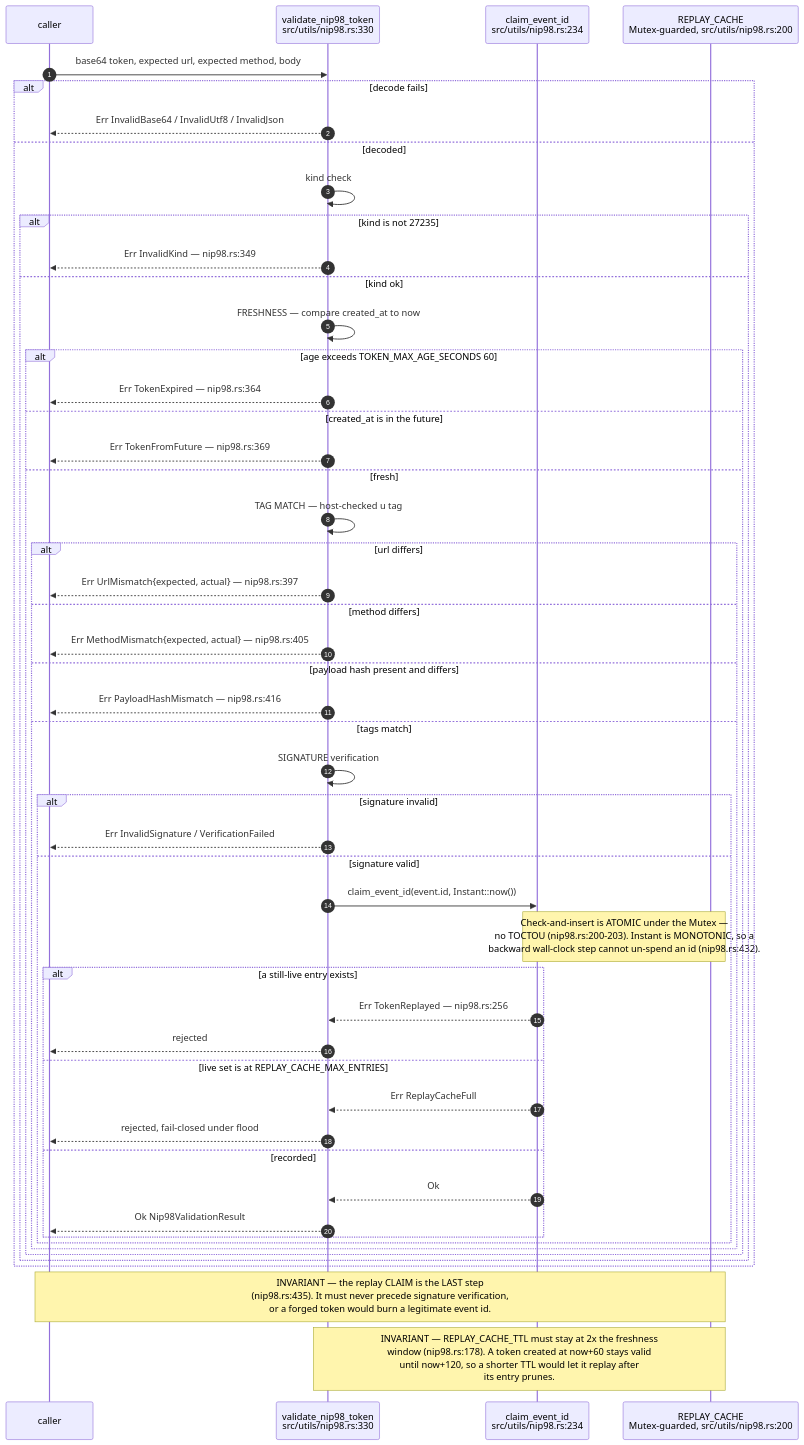
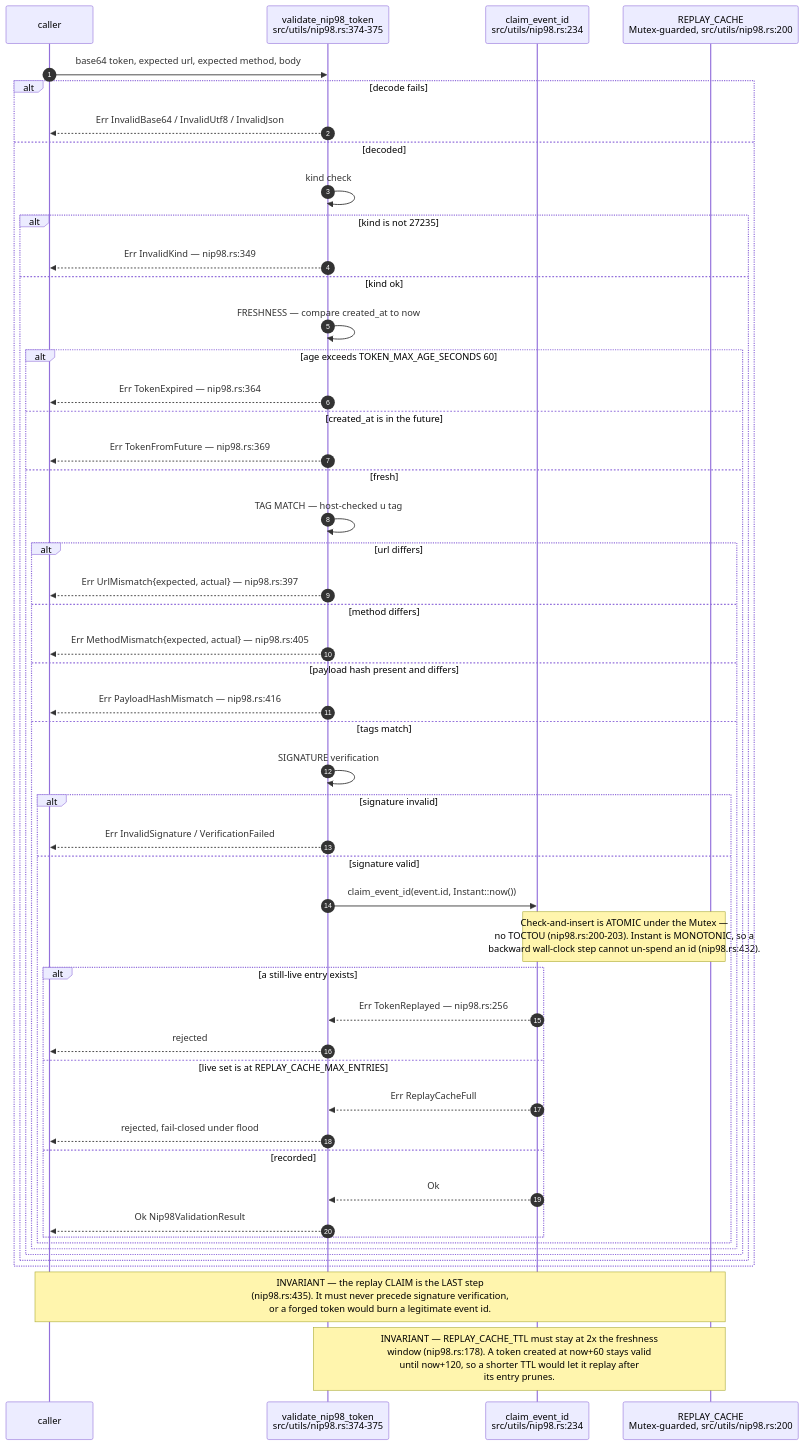
One commit to DreamLab-AI/AR-AI-Knowledge-Graph changed the third of 6 diagrams in docs/diagrams/estate/04-identity-mesh-did-nostr.md. Above: the diagram before and after it, drawn with Mermaid. The commit also changed 36 other files, not shown here.

````diff
--- a/docs/diagrams/estate/04-identity-mesh-did-nostr.md
+++ b/docs/diagrams/estate/04-identity-mesh-did-nostr.md
@@ -133,54 +133,54 @@
 ```mermaid
 sequenceDiagram
     autonumber
     participant C as caller
-    participant V as validate_nip98_token<br/>src/utils/nip98.rs:330
+    participant V as validate_nip98_token<br/>src/utils/nip98.rs:374-375
     participant R as claim_event_id<br/>src/utils/nip98.rs:234
     participant CACHE as REPLAY_CACHE<br/>Mutex-guarded, src/utils/nip98.rs:200
 
     C->>V: base64 token, expected url, expected method, body
     alt decode fails
         V-->>C: Err InvalidBase64 / InvalidUtf8 / InvalidJson
     else decoded
         V->>V: kind check
         alt kind is not 27235
             V-->>C: Err InvalidKind — nip98.rs:349
         else kind ok
             V->>V: FRESHNESS — compare created_at to now
             alt age exceeds TOKEN_MAX_AGE_SECONDS 60
                 V-->>C: Err TokenExpired — nip98.rs:364
             else created_at is in the future
                 V-->>C: Err TokenFromFuture — nip98.rs:369
             else fresh
                 V->>V: TAG MATCH — host-checked u tag
                 alt url differs
                     V-->>C: Err UrlMismatch{expected, actual} — nip98.rs:397
                 else method differs
                     V-->>C: Err MethodMismatch{expected, actual} — nip98.rs:405
                 else payload hash present and differs
                     V-->>C: Err PayloadHashMismatch — nip98.rs:416
                 else tags match
                     V->>V: SIGNATURE verification
                     alt signature invalid
                         V-->>C: Err InvalidSignature / VerificationFailed
                     else signature valid
                         V->>R: claim_event_id(event.id, Instant::now())
                         Note over R,CACHE: Check-and-insert is ATOMIC under the Mutex —<br/>no TOCTOU (nip98.rs:200-203). Instant is MONOTONIC, so a<br/>backward wall-clock step cannot un-spend an id (nip98.rs:432).
                         alt a still-live entry exists
                             R-->>V: Err TokenReplayed — nip98.rs:256
                             V-->>C: rejected
                         else live set is at REPLAY_CACHE_MAX_ENTRIES
                             R-->>V: Err ReplayCacheFull
                             V-->>C: rejected, fail-closed under flood
                         else recorded
                             R-->>V: Ok
                             V-->>C: Ok Nip98ValidationResult
                         end
                     end
                 end
             end
         end
     end
     Note over C,CACHE: INVARIANT — the replay CLAIM is the LAST step<br/>(nip98.rs:435). It must never precede signature verification,<br/>or a forged token would burn a legitimate event id.
     Note over V,CACHE: INVARIANT — REPLAY_CACHE_TTL must stay at 2x the freshness<br/>window (nip98.rs:178). A token created at now+60 stays valid<br/>until now+120, so a shorter TTL would let it replay after<br/>its entry prunes.
 ```
````
